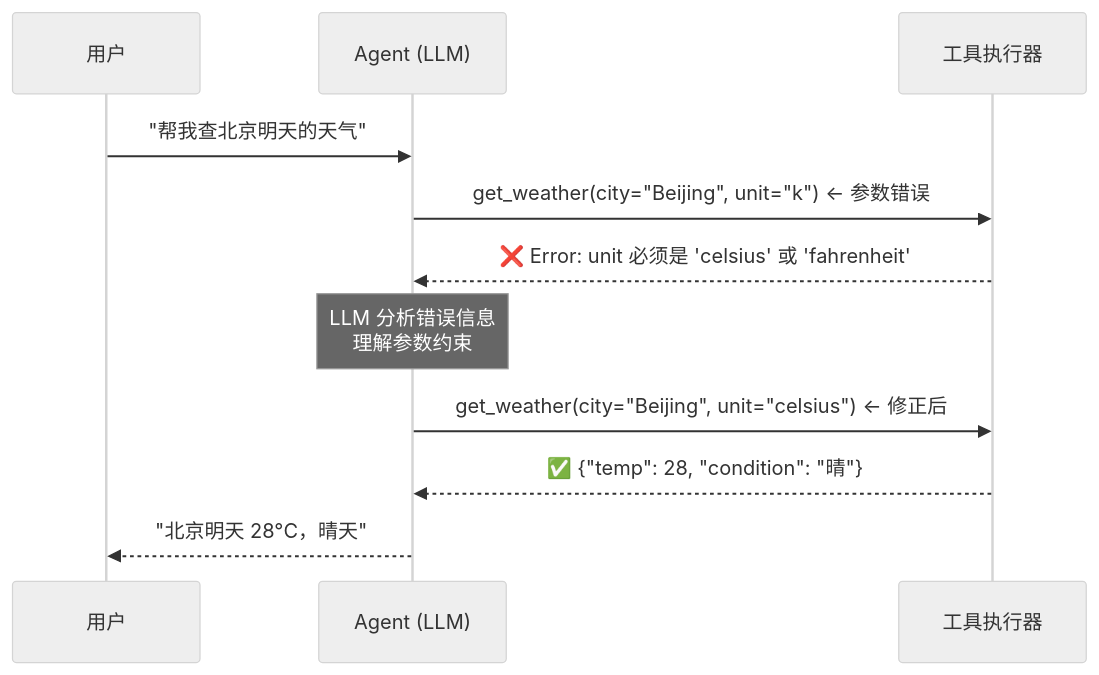
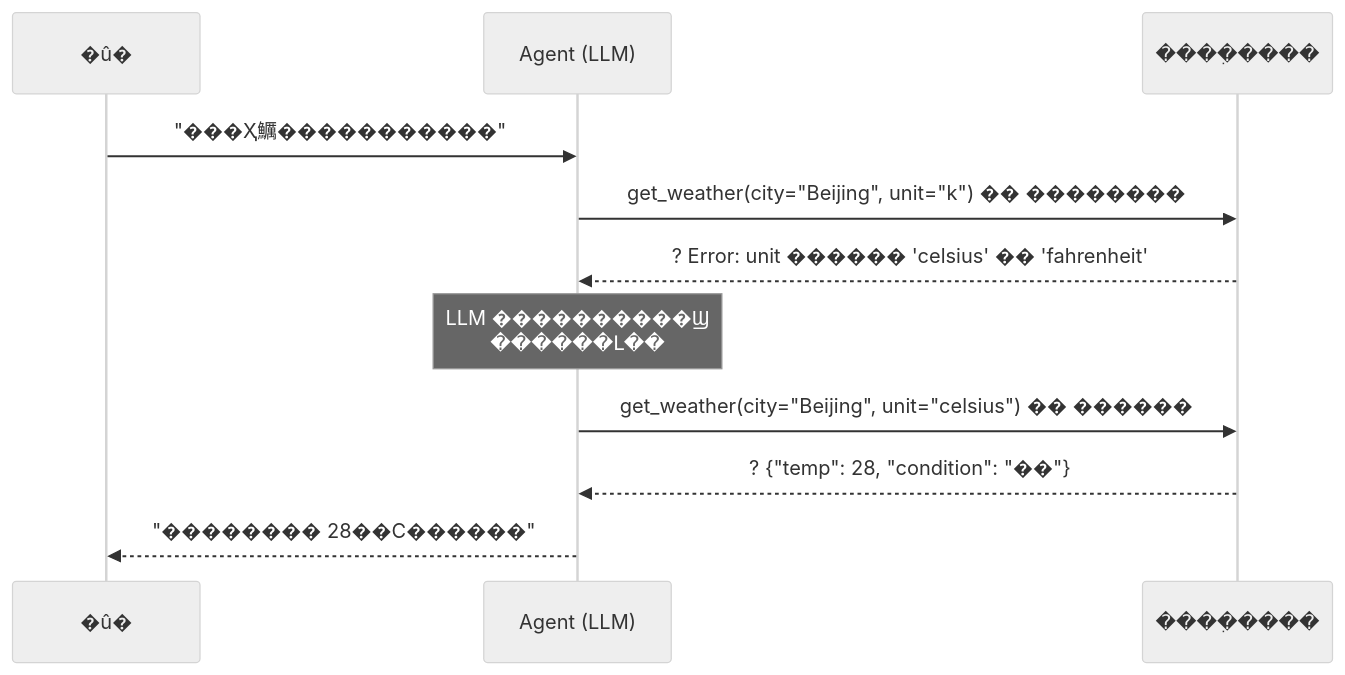
The sixth of 9 diagrams in content/post/ai-interview/Agent工具调用失败如何处理.zh-CN.md (TimeHunter618/hugo-maid-dev), drawn with Mermaid (neutral theme) before and after one commit. The commit also changed other lines of this file and 70 other files, not shown here.

````diff
--- a/content/post/ai-interview/Agent工具调用失败如何处理.zh-CN.md
+++ b/content/post/ai-interview/Agent工具调用失败如何处理.zh-CN.md
@@ -352,14 +352,14 @@
 ```mermaid
 sequenceDiagram
-    participant U as 用户
+    participant U as �û�
     participant A as Agent (LLM)
-    participant T as 工具执行器
+    participant T as ����ִ����
 
-    U->>A: "帮我查北京明天的天气"
-    A->>T: get_weather(city="Beijing", unit="k")  ← 参数错误
-    T-->>A: ❌ Error: unit 必须是 'celsius' 或 'fahrenheit'
-    Note over A: LLM 分析错误信息<br/>理解参数约束
-    A->>T: get_weather(city="Beijing", unit="celsius")  ← 修正后
-    T-->>A: ✅ {"temp": 28, "condition": "晴"}
-    A-->>U: "北京明天 28°C，晴天"
+    U->>A: "���Ҳ鱱�����������"
+    A->>T: get_weather(city="Beijing", unit="k")  �� ��������
+    T-->>A: ? Error: unit ������ 'celsius' �� 'fahrenheit'
+    Note over A: LLM ����������Ϣ<br/>������Լ��
+    A->>T: get_weather(city="Beijing", unit="celsius")  �� ������
+    T-->>A: ? {"temp": 28, "condition": "��"}
+    A-->>U: "�������� 28��C������"
 ```
````
